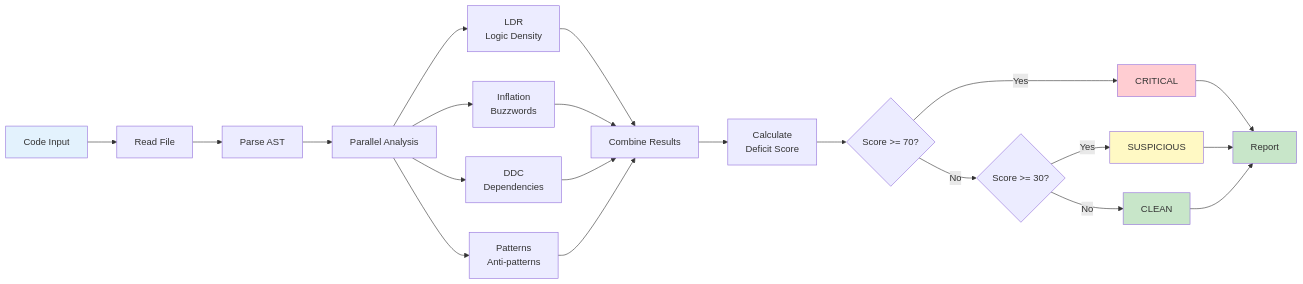
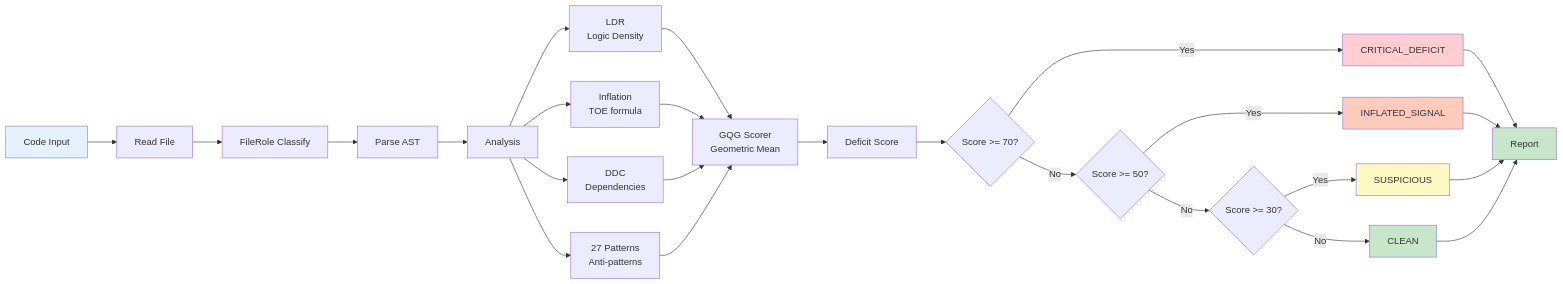
One commit to flamehaven01/AI-SLOP-Detector changed the second of 14 diagrams in docs/HOW_IT_WORKS.md. Above: the diagram before and after it, drawn with Mermaid. The commit also changed other lines of this file, not shown here.

First line of the commit message:
docs(how-it-works): update diagrams for v3.5.0

````diff
--- a/docs/HOW_IT_WORKS.md
+++ b/docs/HOW_IT_WORKS.md
@@ -43,34 +50,39 @@
 ```mermaid
 flowchart LR
     A[Code Input] --> B[Read File]
-    B --> C[Parse AST]
-    C --> D[Parallel Analysis]
-    
+    B --> RC[FileRole Classify]
+    RC --> C[Parse AST]
+    C --> D[Analysis]
+
     D --> E1[LDR<br/>Logic Density]
-    D --> E2[Inflation<br/>Buzzwords]
+    D --> E2[Inflation<br/>TOE formula]
     D --> E3[DDC<br/>Dependencies]
-    D --> E4[Patterns<br/>Anti-patterns]
-    
-    E1 --> F[Combine Results]
+    D --> E4[27 Patterns<br/>Anti-patterns]
+
+    E1 --> F[GQG Scorer<br/>Geometric Mean]
     E2 --> F
     E3 --> F
     E4 --> F
-    
-    F --> G[Calculate<br/>Deficit Score]
+
+    F --> G[Deficit Score]
     G --> H{Score >= 70?}
-    
-    H -->|Yes| I[CRITICAL]
-    H -->|No| J{Score >= 30?}
-    J -->|Yes| K[SUSPICIOUS]
-    J -->|No| L[CLEAN]
-    
+
+    H -->|Yes| I[CRITICAL_DEFICIT]
+    H -->|No| J{Score >= 50?}
+    J -->|Yes| JJ[INFLATED_SIGNAL]
+    J -->|No| K{Score >= 30?}
+    K -->|Yes| KK[SUSPICIOUS]
+    K -->|No| L[CLEAN]
+
     I --> M[Report]
-    K --> M
+    JJ --> M
+    KK --> M
     L --> M
-    
+
     style A fill:#e3f2fd
     style M fill:#c8e6c9
     style I fill:#ffcdd2
-    style K fill:#fff9c4
+    style JJ fill:#ffccbc
+    style KK fill:#fff9c4
     style L fill:#c8e6c9
 ```
````
